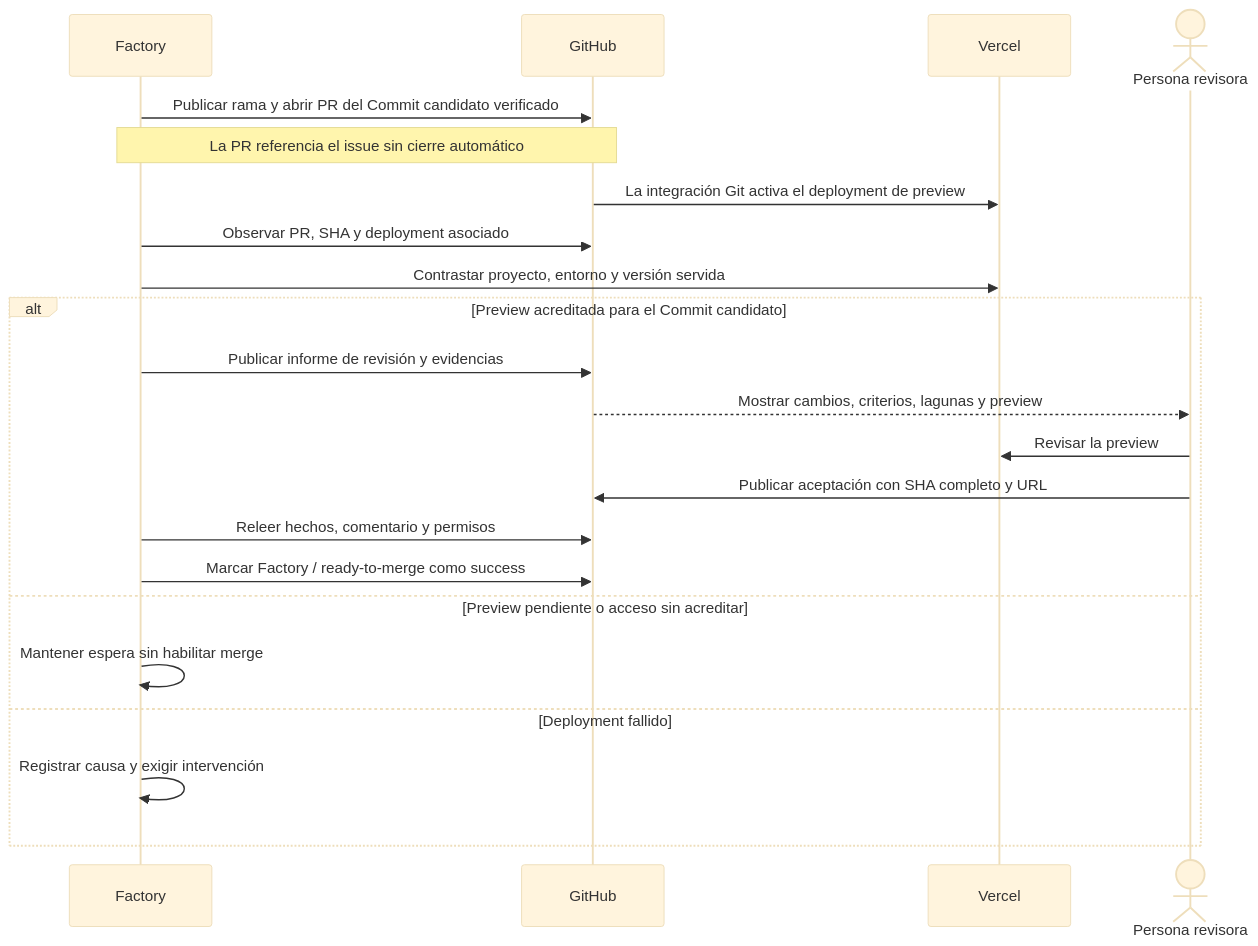
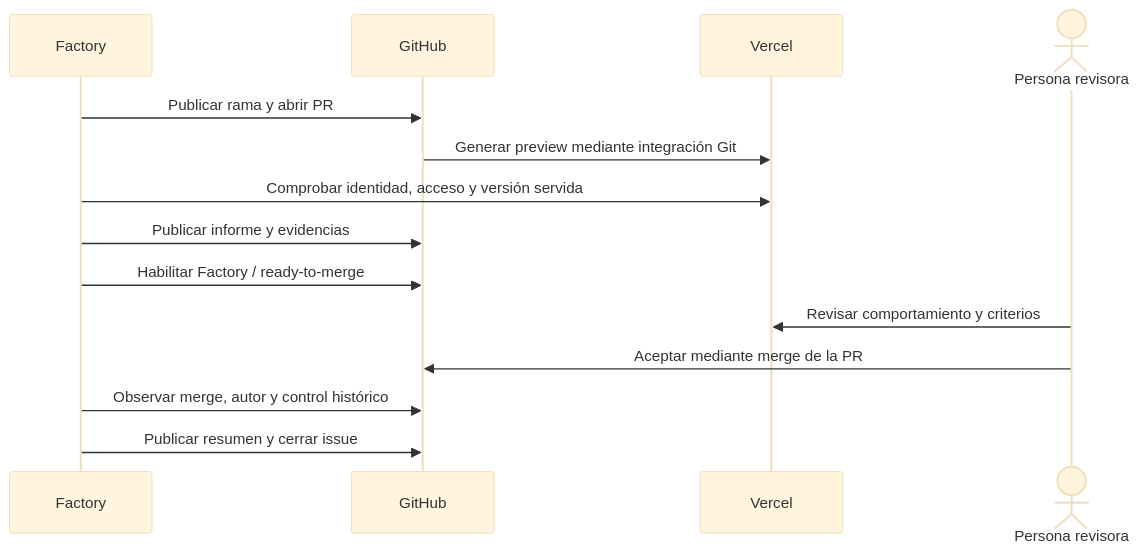
One commit to rubenbp/app-foundry changed the second of 2 diagrams in docs/manual/03-verificacion-y-aceptacion.md. Above: the diagram before and after it, drawn with Mermaid (base theme). The commit also changed other lines of this file and 33 other files, not shown here.

````diff
--- a/docs/manual/03-verificacion-y-aceptacion.md
+++ b/docs/manual/03-verificacion-y-aceptacion.md
@@ -33,24 +37,16 @@
 ```mermaid
 sequenceDiagram
     participant F as Factory
     participant G as GitHub
     participant V as Vercel
     actor H as Persona revisora
-    F->>G: Publicar rama y abrir PR del Commit candidato verificado
-    Note over F,G: La PR referencia el issue sin cierre automático
-    G->>V: La integración Git activa el deployment de preview
-    F->>G: Observar PR, SHA y deployment asociado
-    F->>V: Contrastar proyecto, entorno y versión servida
-    alt Preview acreditada para el Commit candidato
-        F->>G: Publicar informe de revisión y evidencias
-        G-->>H: Mostrar cambios, criterios, lagunas y preview
-        H->>V: Revisar la preview
-        H->>G: Publicar aceptación con SHA completo y URL
-        F->>G: Releer hechos, comentario y permisos
-        F->>G: Marcar Factory / ready-to-merge como success
-    else Preview pendiente o acceso sin acreditar
-        F->>F: Mantener espera sin habilitar merge
-    else Deployment fallido
-        F->>F: Registrar causa y exigir intervención
-    end
+    F->>G: Publicar rama y abrir PR
+    G->>V: Generar preview mediante integración Git
+    F->>V: Comprobar identidad, acceso y versión servida
+    F->>G: Publicar informe y evidencias
+    F->>G: Habilitar Factory / ready-to-merge
+    H->>V: Revisar comportamiento y criterios
+    H->>G: Aceptar mediante merge de la PR
+    F->>G: Observar merge, autor y control histórico
+    F->>G: Publicar resumen y cerrar issue
 ```
````
